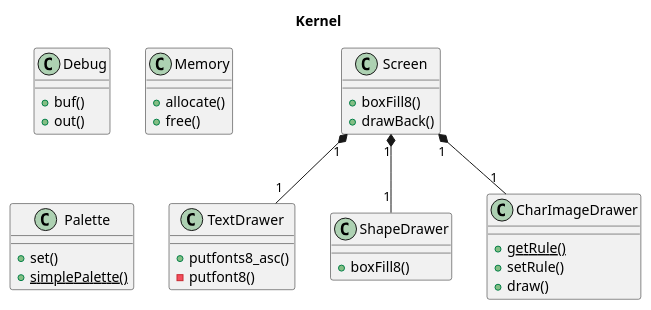
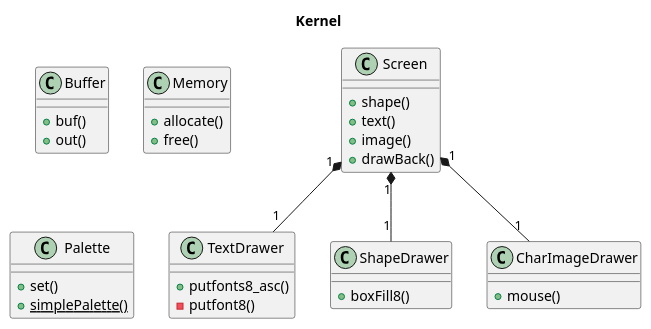
Before and after one commit to takowasaby/kaOS: the diagram in doc/diagrams/src/overview.wsd, drawn with PlantUML. The commit also changed 19 other files, not shown here.

```diff
--- a/doc/diagrams/src/overview.wsd
+++ b/doc/diagrams/src/overview.wsd
@@ -1,44 +1,44 @@
 @startuml
 
 title Kernel
 
-class Debug {
+class Buffer {
     +buf()
     +out()
 }
 
 class Memory {
     +allocate()
     +free()
 }
 
 class Palette {
     +set()
     {static}+simplePalette()
 }
 
 class Screen {
-    +boxFill8()
+    +shape()
+    +text()
+    +image()
     +drawBack()
 }
 
 class TextDrawer {
     +putfonts8_asc()
     -putfont8()
 }
 
 class ShapeDrawer {
     +boxFill8()
 }
 
 class CharImageDrawer {
-    {static}+getRule()
-    +setRule()
-    +draw()
+    +mouse()
 }
 
 Screen "1" *-- "1" TextDrawer
 Screen "1" *-- "1" ShapeDrawer
 Screen "1" *-- "1" CharImageDrawer
 
 @enduml
```
